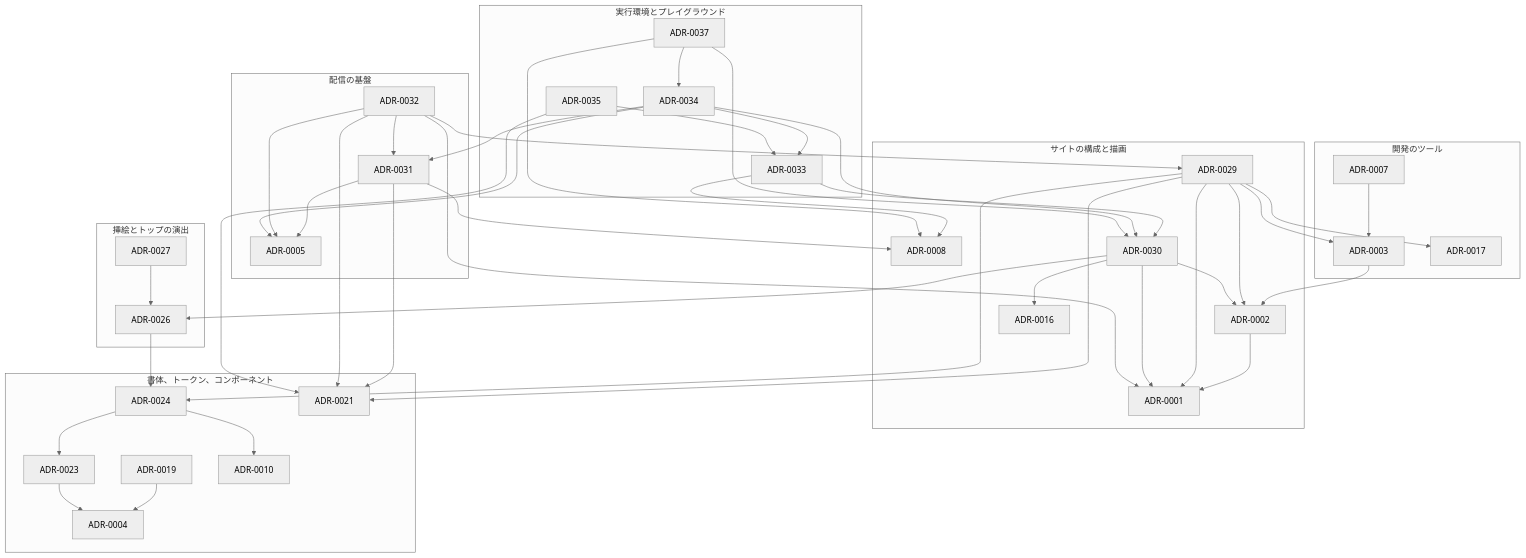
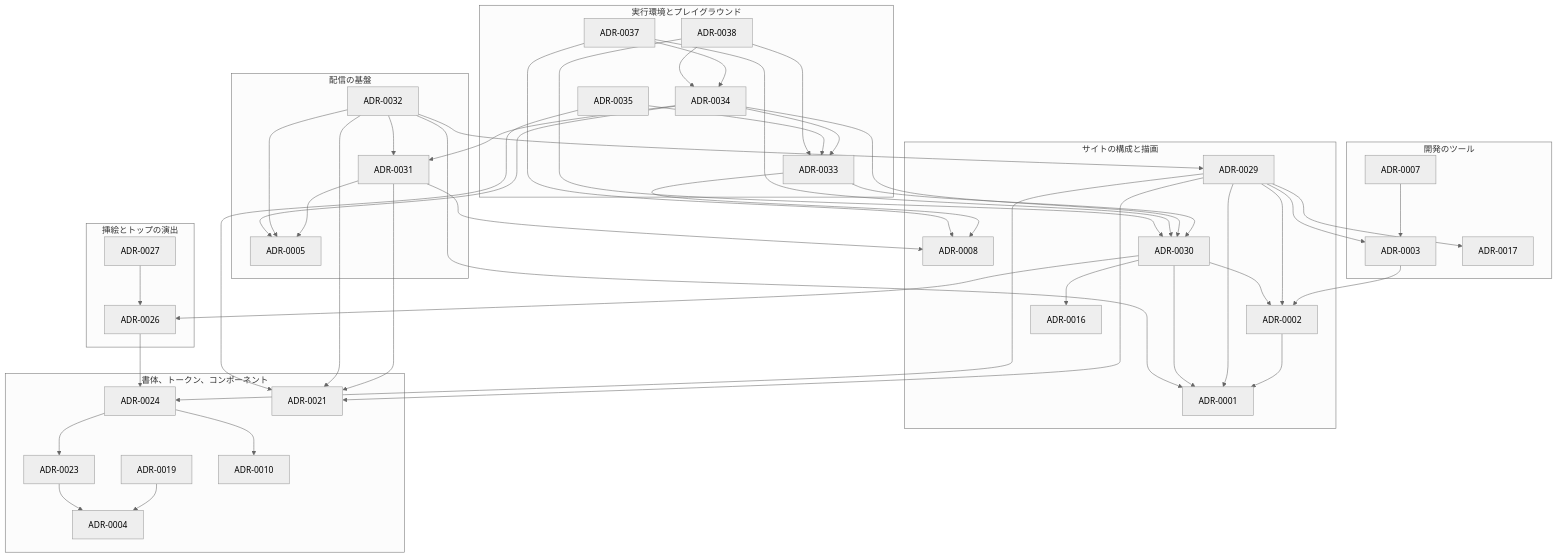
Before and after one commit to Fukuemon/fukuemon.dev: the diagram in adr/index.md, drawn with Mermaid (neutral theme). The commit also changed other lines of this file and 1 other file, not shown here.

Commit message:
docs(adr): ADR-0038 を承認し、索引の話題の表と依存の図に足す #34

````diff
--- a/adr/index.md
+++ b/adr/index.md
@@ -90,77 +82,81 @@
 ```mermaid
 flowchart TB
   subgraph site["サイトの構成と描画"]
     A0001["ADR-0001"]
     A0002["ADR-0002"]
     A0008["ADR-0008"]
     A0016["ADR-0016"]
     A0029["ADR-0029"]
     A0030["ADR-0030"]
   end
   subgraph tools["開発のツール"]
     A0003["ADR-0003"]
     A0007["ADR-0007"]
     A0017["ADR-0017"]
   end
   subgraph infra["配信の基盤"]
     A0005["ADR-0005"]
     A0031["ADR-0031"]
     A0032["ADR-0032"]
   end
   subgraph design["書体、トークン、コンポーネント"]
     A0004["ADR-0004"]
     A0019["ADR-0019"]
     A0023["ADR-0023"]
     A0010["ADR-0010"]
     A0024["ADR-0024"]
     A0021["ADR-0021"]
   end
   subgraph top["挿絵とトップの演出"]
     A0026["ADR-0026"]
     A0027["ADR-0027"]
   end
   subgraph runtime["実行環境とプレイグラウンド"]
     A0033["ADR-0033"]
     A0034["ADR-0034"]
     A0035["ADR-0035"]
     A0037["ADR-0037"]
+    A0038["ADR-0038"]
   end
   A0002 --> A0001
   A0003 --> A0002
   A0007 --> A0003
   A0019 --> A0004
   A0023 --> A0004
   A0024 --> A0010
   A0024 --> A0023
   A0026 --> A0024
   A0027 --> A0026
   A0029 --> A0001
   A0029 --> A0002
   A0029 --> A0003
   A0029 --> A0017
   A0029 --> A0021
   A0029 --> A0024
   A0030 --> A0001
   A0030 --> A0002
   A0030 --> A0016
   A0030 --> A0026
   A0031 --> A0005
   A0031 --> A0008
   A0031 --> A0021
   A0032 --> A0001
   A0032 --> A0005
   A0032 --> A0021
   A0032 --> A0029
   A0032 --> A0031
   A0033 --> A0008
   A0033 --> A0030
   A0034 --> A0005
   A0034 --> A0030
   A0034 --> A0031
   A0034 --> A0033
   A0035 --> A0021
   A0035 --> A0033
   A0037 --> A0008
   A0037 --> A0030
   A0037 --> A0034
+  A0038 --> A0030
+  A0038 --> A0033
+  A0038 --> A0034
 ```
````
